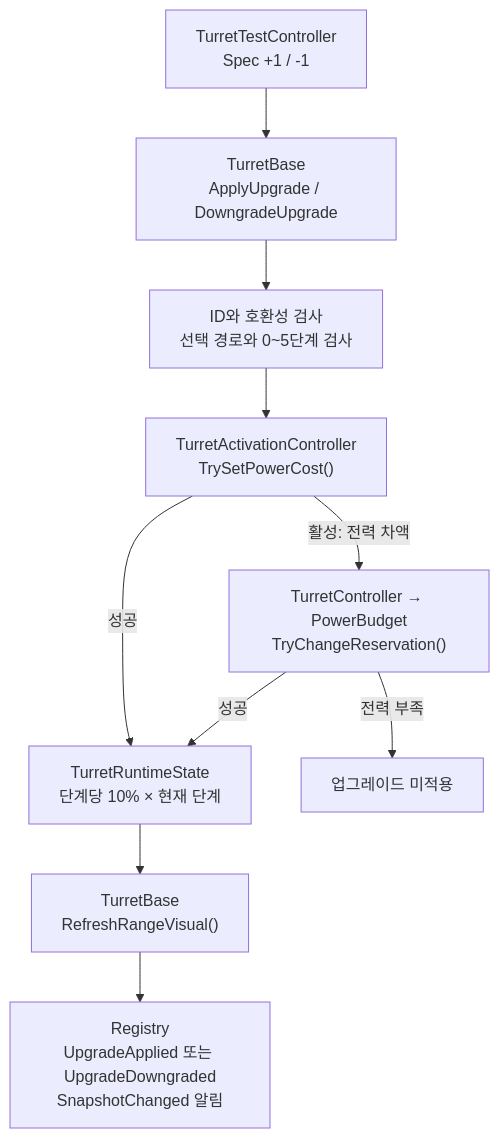
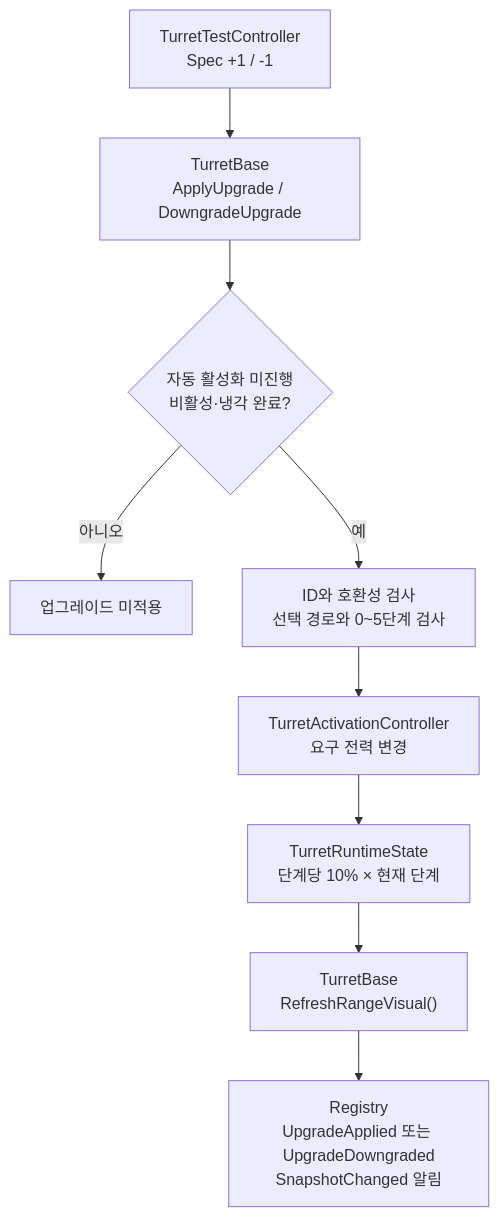
Diagram 11 of 16 in docs/projects/the-developer/turret/runtime-flows.md (Team-HJD-21/team-hjd-docs), drawn with Mermaid before and after one commit. The commit also changed other lines of this file and 13 other files, not shown here.

````diff
--- a/docs/projects/the-developer/turret/runtime-flows.md
+++ b/docs/projects/the-developer/turret/runtime-flows.md
@@ -509,12 +514,11 @@
 ```mermaid
 flowchart TD
     UI["TurretTestController<br>Spec +1 / -1"] --> Base["TurretBase<br>ApplyUpgrade / DowngradeUpgrade"]
-    Base --> Check["ID와 호환성 검사<br>선택 경로와 0~5단계 검사"]
-    Check --> Power["TurretActivationController<br>TrySetPowerCost()"]
-    Power -->|활성: 전력 차액| CU["TurretController → PowerBudget<br>TryChangeReservation()"]
-    Power -->|성공| State["TurretRuntimeState<br>단계당 10% × 현재 단계"]
-    CU -->|성공| State
-    CU -->|전력 부족| Reject["업그레이드 미적용"]
+    Base --> Gate{"자동 활성화 미진행<br>비활성·냉각 완료?"}
+    Gate -->|아니오| Reject["업그레이드 미적용"]
+    Gate -->|예| Check["ID와 호환성 검사<br>선택 경로와 0~5단계 검사"]
+    Check --> Power["TurretActivationController<br>요구 전력 변경"]
+    Power --> State["TurretRuntimeState<br>단계당 10% × 현재 단계"]
     State --> Visual["TurretBase<br>RefreshRangeVisual()"]
     Visual --> Event["Registry<br>UpgradeApplied 또는 UpgradeDowngraded<br>SnapshotChanged 알림"]
 ```
````
